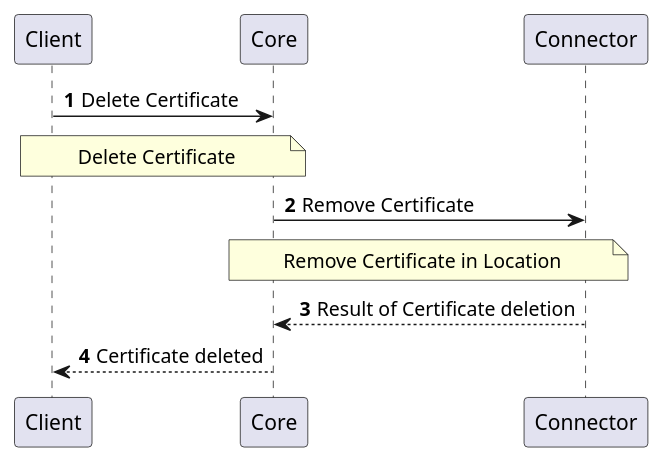
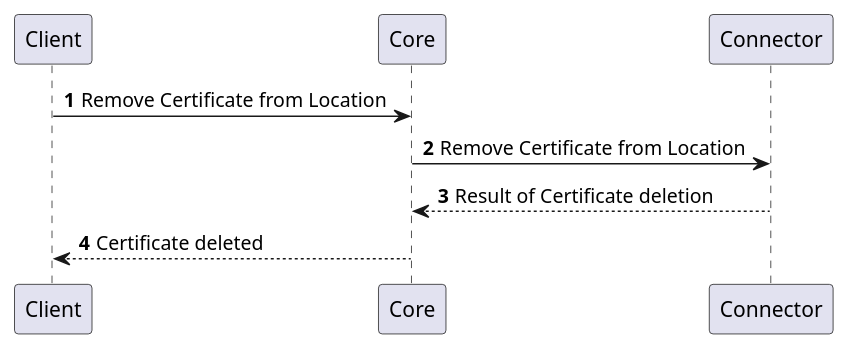
One commit to CZERTAINLY/CZERTAINLY-Documentation changed diagram 13 of 13 in docs/12-connectors/05-description/32-entity-provider.md. Above: the diagram before and after it, drawn with PlantUML. The commit also changed other lines of this file and 8 other files, not shown here.

First line of the commit message:
Update description of plantuml diagrams on the providers

````diff
--- a/docs/12-connectors/05-description/32-entity-provider.md
+++ b/docs/12-connectors/05-description/32-entity-provider.md
@@ -319,12 +240,10 @@
 ```plantuml
     @startuml
     autonumber
     skinparam topurl https://docs.czertainly.com/api/
-        Client -> Core [[core-location/#tag/Location-Management-API/operation/removeCertificate]]: Delete Certificate
-        note over Client,Core: Delete Certificate
-        Core -> Connector [[connector-entity-provider/#tag/Location-Operations-API/operation/removeCertificateFromLocation]]: Remove Certificate
-        note over Core,Connector: Remove Certificate in Location
+        Client -> Core [[core-location/#tag/Location-Management-API/operation/removeCertificate]]: Remove Certificate from Location
+        Core -> Connector [[connector-entity-provider/#tag/Location-Operations-API/operation/removeCertificateFromLocation]]: Remove Certificate from Location
         Connector --> Core: Result of Certificate deletion
         Core --> Client: Certificate deleted
     @enduml
 ```
````
